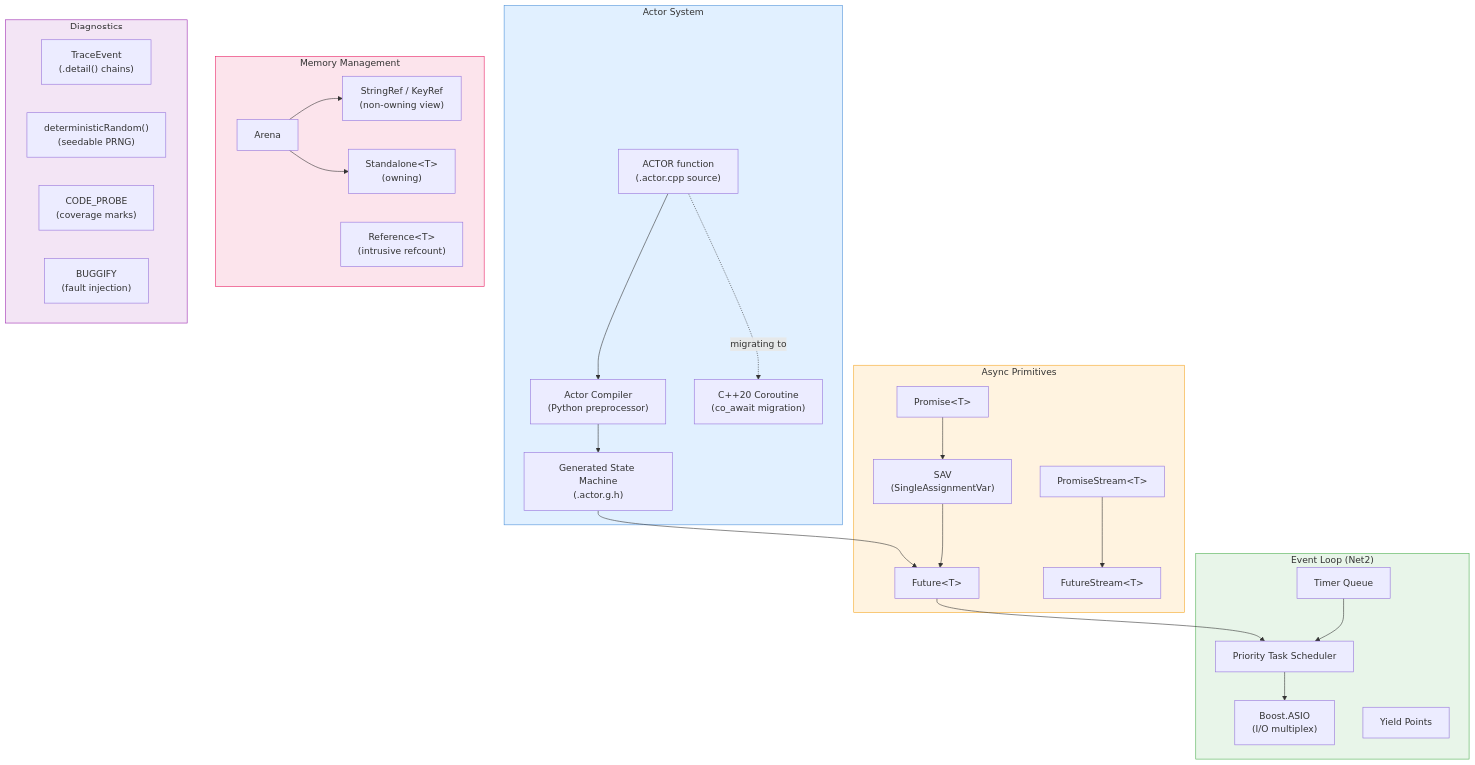
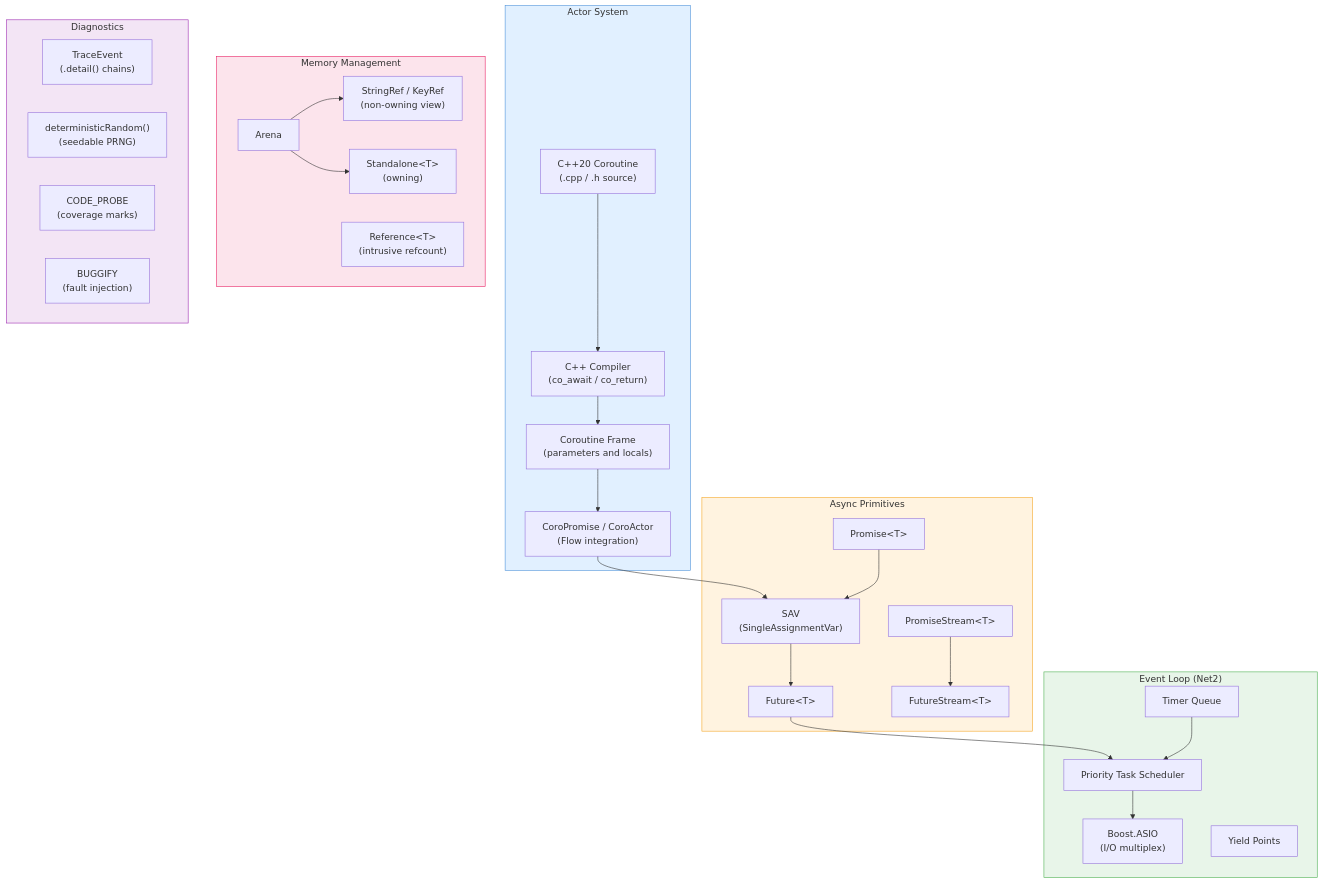
The first of 2 diagrams in design/AI-generated/diagram_01_flow_runtime.md (apple/foundationdb), drawn with Mermaid before and after one commit. The commit also changed other lines of this file and 45 other files, not shown here.

````diff
--- a/design/AI-generated/diagram_01_flow_runtime.md
+++ b/design/AI-generated/diagram_01_flow_runtime.md
@@ -3,57 +3,56 @@
 ```mermaid
 graph TB
     subgraph ActorSystem["Actor System"]
-        Actor["ACTOR function\n(.actor.cpp source)"]
-        Compiler["Actor Compiler\n(Python preprocessor)"]
-        StateMachine["Generated State Machine\n(.actor.g.h)"]
-        Coro["C++20 Coroutine\n(co_await migration)"]
+        Coro["C++20 Coroutine\n(.cpp / .h source)"]
+        Compiler["C++ Compiler\n(co_await / co_return)"]
+        Frame["Coroutine Frame\n(parameters and locals)"]
+        CoroPromise["CoroPromise / CoroActor\n(Flow integration)"]
     end
 
     subgraph AsyncPrimitives["Async Primitives"]
         Promise["Promise&lt;T&gt;"]
         Future["Future&lt;T&gt;"]
         SAV["SAV\n(SingleAssignmentVar)"]
         PS["PromiseStream&lt;T&gt;"]
         FS["FutureStream&lt;T&gt;"]
     end
 
     subgraph EventLoop["Event Loop (Net2)"]
         Scheduler["Priority Task Scheduler"]
         ASIO["Boost.ASIO\n(I/O multiplex)"]
         Timers["Timer Queue"]
         Yields["Yield Points"]
     end
 
     subgraph Memory["Memory Management"]
         Arena["Arena"]
         StringRef["StringRef / KeyRef\n(non-owning view)"]
         Standalone["Standalone&lt;T&gt;\n(owning)"]
         RefCounted["Reference&lt;T&gt;\n(intrusive refcount)"]
     end
 
     subgraph Diagnostics["Diagnostics"]
         Trace["TraceEvent\n(.detail() chains)"]
         DRandom["deterministicRandom()\n(seedable PRNG)"]
         CodeProbe["CODE_PROBE\n(coverage marks)"]
         Buggify["BUGGIFY\n(fault injection)"]
     end
 
-    Actor --> Compiler --> StateMachine
-    Actor -.->|migrating to| Coro
-    StateMachine --> Future
+    Coro --> Compiler --> Frame
+    Frame --> CoroPromise --> SAV
     Promise --> SAV --> Future
     PS --> FS
 
     Future --> Scheduler
     Timers --> Scheduler
     Scheduler --> ASIO
 
     Arena --> StringRef
     Arena --> Standalone
 
     style ActorSystem fill:#e1f0ff,stroke:#4a90d9
     style AsyncPrimitives fill:#fff3e0,stroke:#f5a623
     style EventLoop fill:#e8f5e9,stroke:#4caf50
     style Memory fill:#fce4ec,stroke:#e91e63
     style Diagnostics fill:#f3e5f5,stroke:#9c27b0
 ```
````
